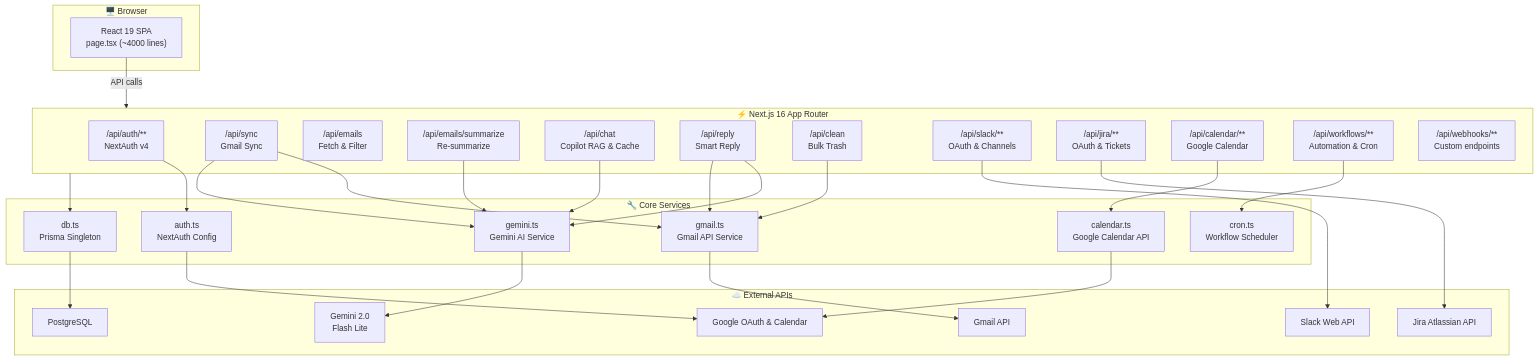
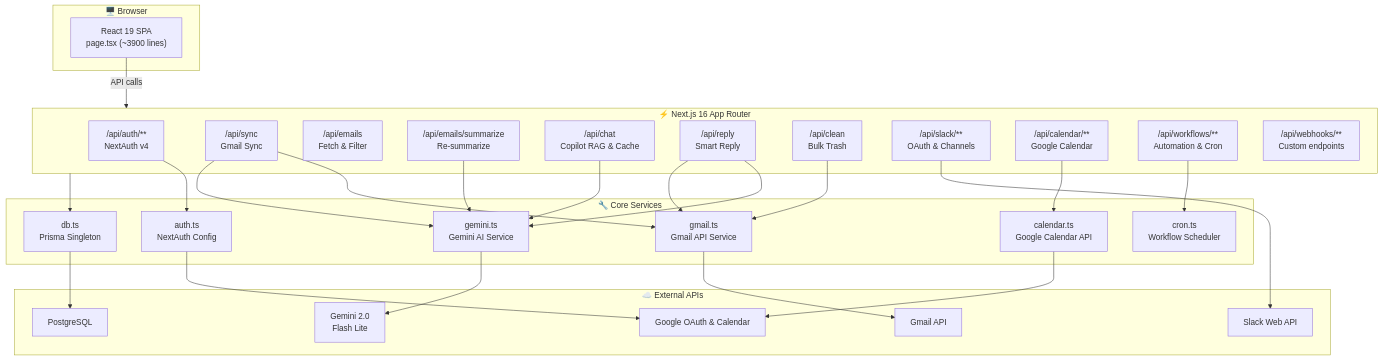
The first of 2 diagrams in README.md (Vamshidathrika/repeatless-email-ai-assistant), drawn with Mermaid before and after one commit. The commit also changed other lines of this file and 12 other files, not shown here.

````diff
--- a/README.md
+++ b/README.md
@@ -236,54 +229,51 @@
 ```mermaid
 graph TB
     subgraph Client["🖥️ Browser"]
-        UI["React 19 SPA<br/>page.tsx (~4000 lines)"]
+        UI["React 19 SPA<br/>page.tsx (~3900 lines)"]
     end
 
     subgraph NextJS["⚡ Next.js 16 App Router"]
         Auth["/api/auth/**<br/>NextAuth v4"]
         Sync["/api/sync<br/>Gmail Sync"]
         Emails["/api/emails<br/>Fetch & Filter"]
         Summarize["/api/emails/summarize<br/>Re-summarize"]
         Chat["/api/chat<br/>Copilot RAG & Cache"]
         Reply["/api/reply<br/>Smart Reply"]
         Clean["/api/clean<br/>Bulk Trash"]
         Slack["/api/slack/**<br/>OAuth & Channels"]
-        Jira["/api/jira/**<br/>OAuth & Tickets"]
         Calendar["/api/calendar/**<br/>Google Calendar"]
         Workflows["/api/workflows/**<br/>Automation & Cron"]
         Webhooks["/api/webhooks/**<br/>Custom endpoints"]
     end
 
     subgraph Services["🔧 Core Services"]
         GeminiSvc["gemini.ts<br/>Gemini AI Service"]
         GmailSvc["gmail.ts<br/>Gmail API Service"]
         AuthCfg["auth.ts<br/>NextAuth Config"]
         DB["db.ts<br/>Prisma Singleton"]
         CronSvc["cron.ts<br/>Workflow Scheduler"]
         CalendarSvc["calendar.ts<br/>Google Calendar API"]
     end
 
     subgraph External["☁️ External APIs"]
         Google["Google OAuth & Calendar"]
         Gmail["Gmail API"]
         SlackAPI["Slack Web API"]
-        JiraAPI["Jira Atlassian API"]
         Gemini["Gemini 2.0<br/>Flash Lite"]
         PG["PostgreSQL"]
     end
 
     UI -->|API calls| NextJS
     Auth --> AuthCfg --> Google
     Sync --> GmailSvc --> Gmail
     Sync --> GeminiSvc --> Gemini
     Summarize --> GeminiSvc
     Chat --> GeminiSvc
     Reply --> GeminiSvc
     Reply --> GmailSvc
     Clean --> GmailSvc
     Slack --> SlackAPI
-    Jira --> JiraAPI
     Calendar --> CalendarSvc --> Google
     Workflows --> CronSvc
     NextJS --> DB --> PG
 ```
````
